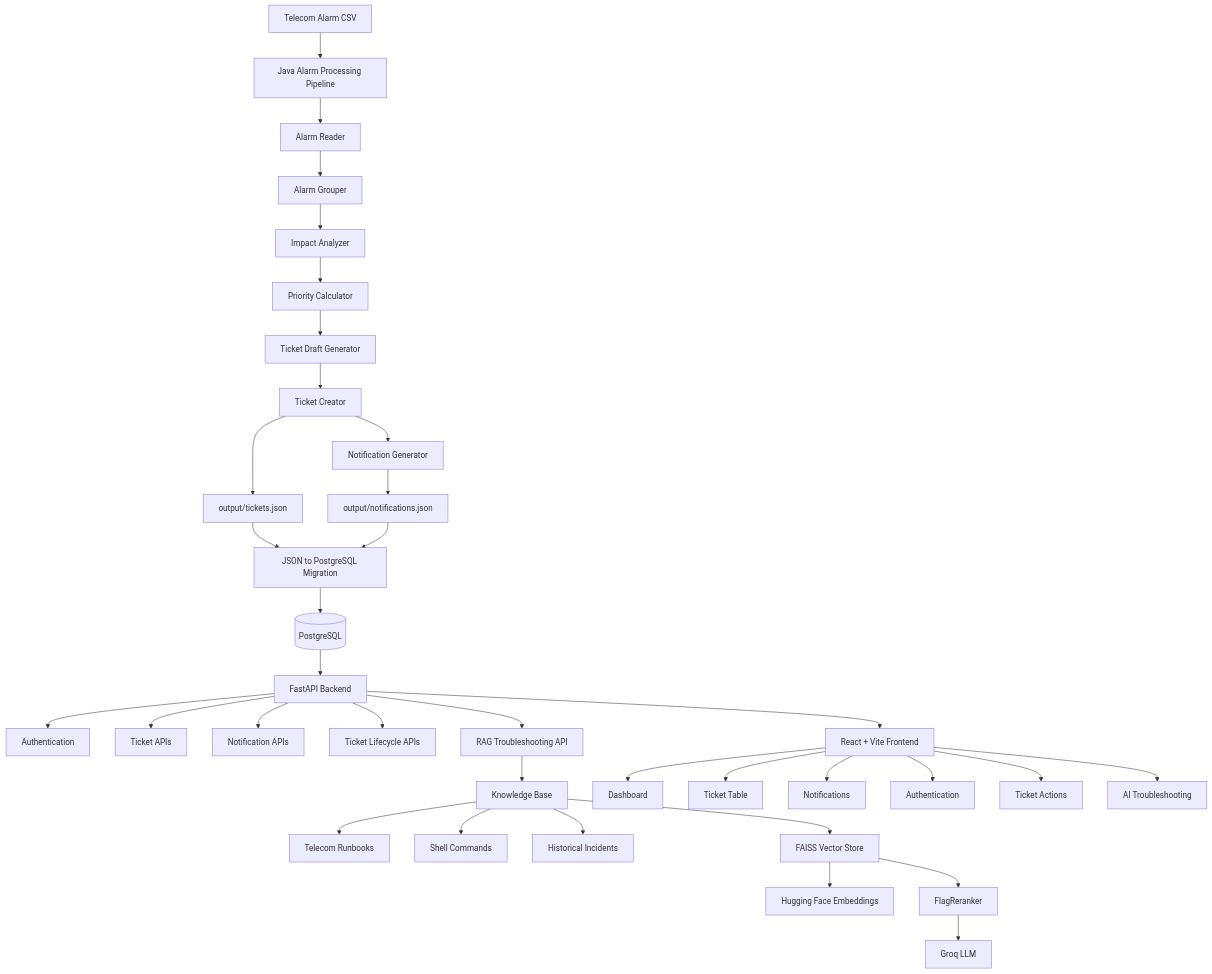
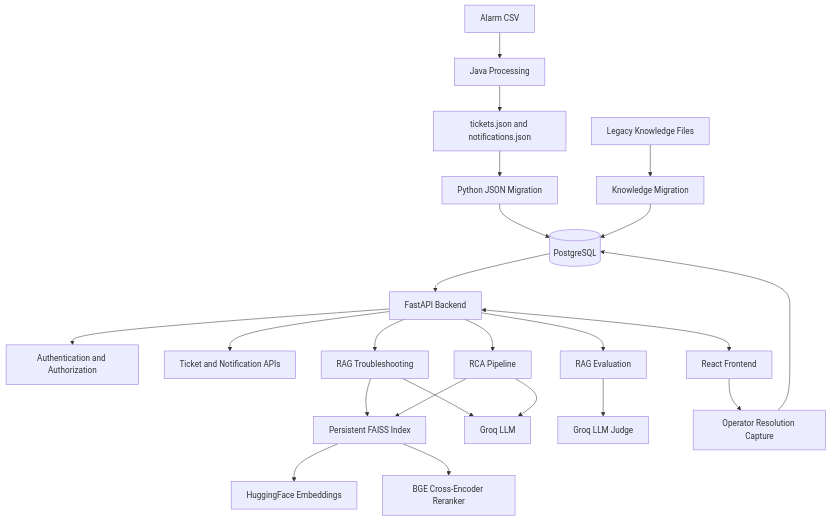
Before and after one commit to RonitSinghWilkhu/Alarm_automation: the diagram in README.md, drawn with Mermaid. The commit also changed other lines of this file and 8 other files, not shown here.

````diff
--- a/README.md
+++ b/README.md
@@ -187,49 +135,29 @@
 ```mermaid
 flowchart TD
+    A[Alarm CSV] --> B[Java Processing]
+    B --> C[tickets.json and notifications.json]
+    C --> D[Python JSON Migration]
+    D --> E[(PostgreSQL)]
 
-    A[Telecom Alarm CSV] --> B[Java Alarm Processing Pipeline]
+    F[Legacy Knowledge Files] --> G[Knowledge Migration]
+    G --> E
 
-    B --> B1[Alarm Reader]
-    B1 --> B2[Alarm Grouper]
-    B2 --> B3[Impact Analyzer]
-    B3 --> B4[Priority Calculator]
-    B4 --> B5[Ticket Draft Generator]
-    B5 --> B6[Ticket Creator]
-    B6 --> B7[Notification Generator]
+    E --> H[FastAPI Backend]
+    H --> I[Authentication and Authorization]
+    H --> J[Ticket and Notification APIs]
+    H --> K[RAG Troubleshooting]
+    H --> L[RCA Pipeline]
+    H --> M[RAG Evaluation]
 
-    B6 --> C[output/tickets.json]
-    B7 --> D[output/notifications.json]
+    K --> N[Persistent FAISS Index]
+    L --> N
+    N --> O[HuggingFace Embeddings]
+    N --> P[BGE Cross-Encoder Reranker]
+    K --> Q[Groq LLM]
+    L --> Q
+    M --> R[Groq LLM Judge]
 
-    C --> E[JSON to PostgreSQL Migration]
-    D --> E
-
-    E --> F[(PostgreSQL)]
-
-    F --> G[FastAPI Backend]
-
-    G --> G1[Authentication]
-    G --> G2[Ticket APIs]
-    G --> G3[Notification APIs]
-    G --> G4[Ticket Lifecycle APIs]
-    G --> G5[RAG Troubleshooting API]
-
-    G5 --> H[Knowledge Base]
-
-    H --> H1[Telecom Runbooks]
-    H --> H2[Shell Commands]
-    H --> H3[Historical Incidents]
-
-    H --> I[FAISS Vector Store]
-    I --> J[Hugging Face Embeddings]
-    I --> K[FlagReranker]
-    K --> L[Groq LLM]
-
-    G --> M[React + Vite Frontend]
-
-    M --> M1[Dashboard]
-    M --> M2[Ticket Table]
-    M --> M3[Notifications]
-    M --> M4[Authentication]
-    M --> M5[Ticket Actions]
-    M --> M6[AI Troubleshooting]
+    H <--> S[React Frontend]
+    S --> T[Operator Resolution Capture]
+    T --> E
 ```
````
